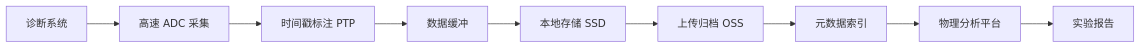
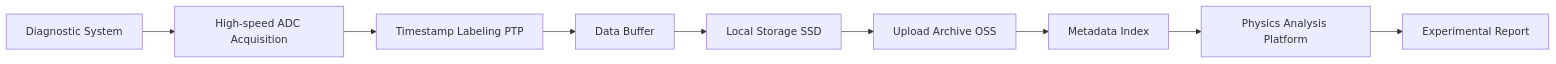
The third of 3 diagrams in tree/application/architecture/fusion-energy-monitoring.md (teaglebuilt/knowledge-tree), drawn with Mermaid before and after one commit. The commit also changed other lines of this file and 8 other files, not shown here.

````diff
--- a/tree/application/architecture/fusion-energy-monitoring.md
+++ b/tree/application/architecture/fusion-energy-monitoring.md
@@ -228,11 +230,11 @@
 ```mermaid
 flowchart LR
-    A[诊断系统] --> B[高速 ADC 采集]
-    B --> C[时间戳标注 PTP]
-    C --> D[数据缓冲]
-    D --> E[本地存储 SSD]
-    E --> F[上传归档 OSS]
-    F --> G[元数据索引]
-    G --> H[物理分析平台]
-    H --> I[实验报告]
+    A[Diagnostic System] --> B[High-speed ADC Acquisition]
+    B --> C[Timestamp Labeling PTP]
+    C --> D[Data Buffer]
+    D --> E[Local Storage SSD]
+    E --> F[Upload Archive OSS]
+    F --> G[Metadata Index]
+    G --> H[Physics Analysis Platform]
+    H --> I[Experimental Report]
 ```
````
